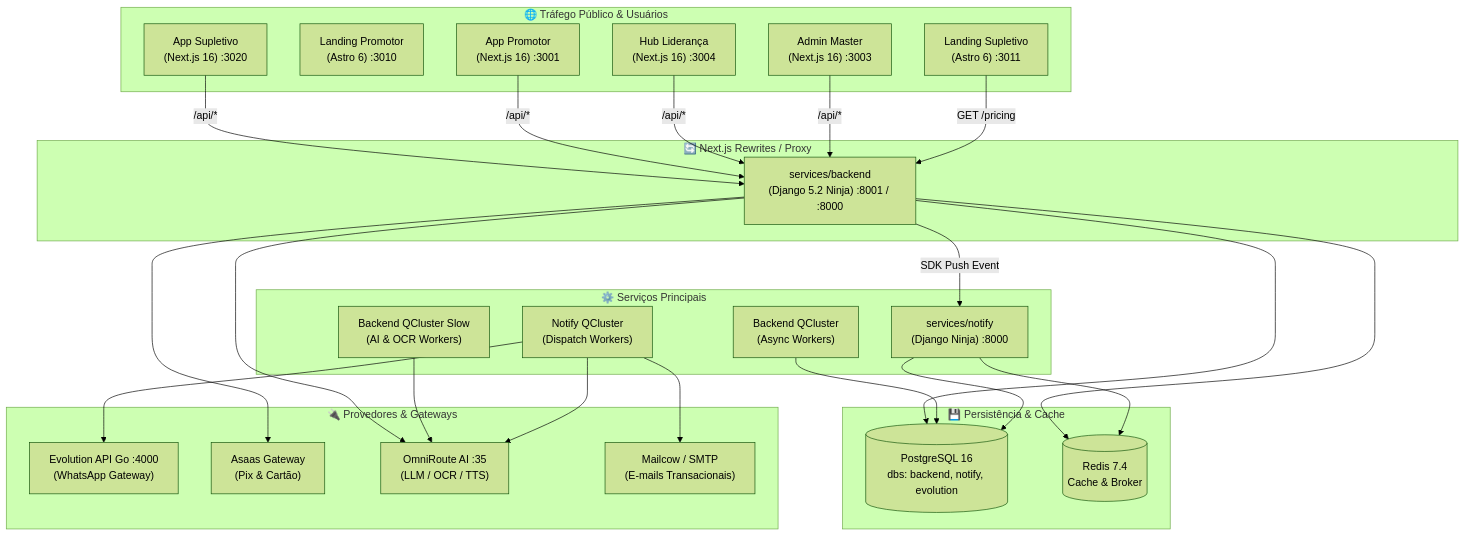
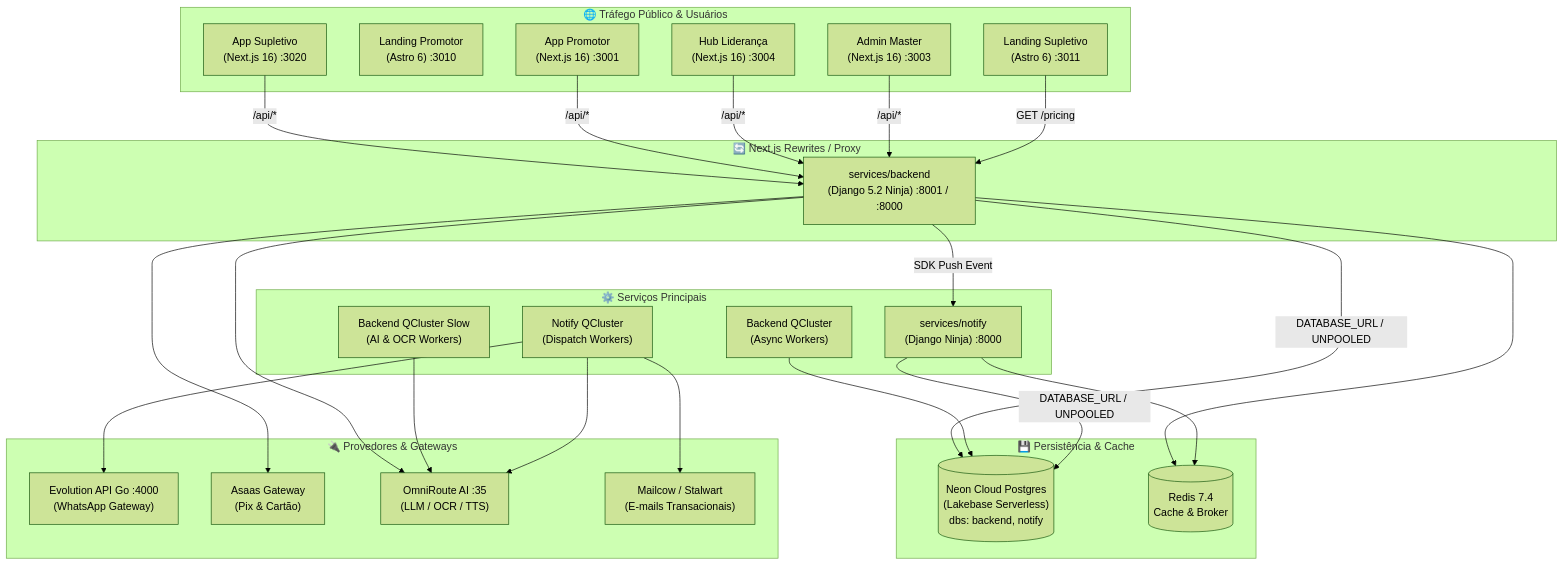
Before and after one commit to maestri33/platform-v7m: the diagram in docs/architecture/system-design.md, drawn with Mermaid (forest theme). The commit also changed other lines of this file and 1211 other files, not shown here.

First line of the commit message:
feat(infra): support segregated neon cloud postgres connections (#10)

````diff
--- a/docs/architecture/system-design.md
+++ b/docs/architecture/system-design.md
@@ -9,54 +9,54 @@
 ```mermaid
 flowchart TD
     subgraph Public["🌐 Tráfego Público & Usuários"]
         LP_Aluno["Landing Supletivo<br>(Astro 6) :3011"]
         LP_Prom["Landing Promotor<br>(Astro 6) :3010"]
         App_Aluno["App Supletivo<br>(Next.js 16) :3020"]
         App_Prom["App Promotor<br>(Next.js 16) :3001"]
         Hub["Hub Liderança<br>(Next.js 16) :3004"]
         Admin["Admin Master<br>(Next.js 16) :3003"]
     end
 
     subgraph Internal_Proxy["🔄 Next.js Rewrites / Proxy"]
         App_Aluno -->|/api/*| Backend
         App_Prom -->|/api/*| Backend
         Hub -->|/api/*| Backend
         Admin -->|/api/*| Backend
         LP_Aluno -->|GET /pricing| Backend
     end
 
     subgraph Core_Services["⚙️ Serviços Principais"]
         Backend["services/backend<br>(Django 5.2 Ninja) :8001 / :8000"]
         QCluster_Main["Backend QCluster<br>(Async Workers)"]
         QCluster_Slow["Backend QCluster Slow<br>(AI & OCR Workers)"]
         Notify["services/notify<br>(Django Ninja) :8000"]
         Notify_Worker["Notify QCluster<br>(Dispatch Workers)"]
     end
 
     subgraph Data_Storage["💾 Persistência & Cache"]
-        Postgres[("PostgreSQL 16<br>dbs: backend, notify, evolution")]
+        Neon[("Neon Cloud Postgres<br>(Lakebase Serverless)<br>dbs: backend, notify")]
         Redis[("Redis 7.4<br>Cache & Broker")]
     end
 
     subgraph External_Integrations["🔌 Provedores & Gateways"]
         EvoGo["Evolution API Go :4000<br>(WhatsApp Gateway)"]
         Asaas["Asaas Gateway<br>(Pix & Cartão)"]
         OmniRoute["OmniRoute AI :35<br>(LLM / OCR / TTS)"]
-        SMTP["Mailcow / SMTP<br>(E-mails Transacionais)"]
+        SMTP["Mailcow / Stalwart<br>(E-mails Transacionais)"]
     end
 
-    Backend --> Postgres
+    Backend -->|DATABASE_URL / UNPOOLED| Neon
     Backend --> Redis
     Backend -->|SDK Push Event| Notify
     Backend --> Asaas
     Backend --> OmniRoute
     
-    QCluster_Main --> Postgres
+    QCluster_Main --> Neon
     QCluster_Slow --> OmniRoute
 
-    Notify --> Postgres
+    Notify -->|DATABASE_URL / UNPOOLED| Neon
     Notify --> Redis
     Notify_Worker --> EvoGo
     Notify_Worker --> SMTP
     Notify_Worker --> OmniRoute
 ```
````
